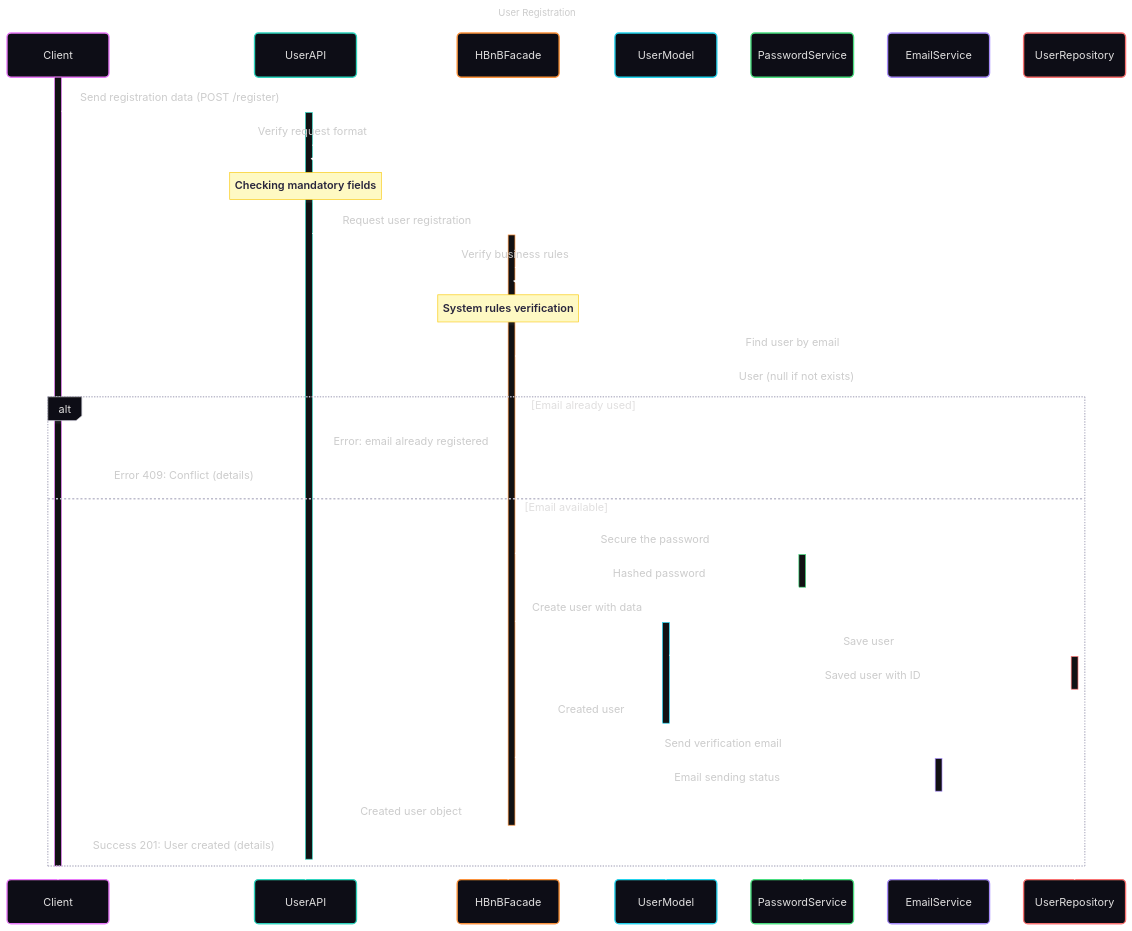
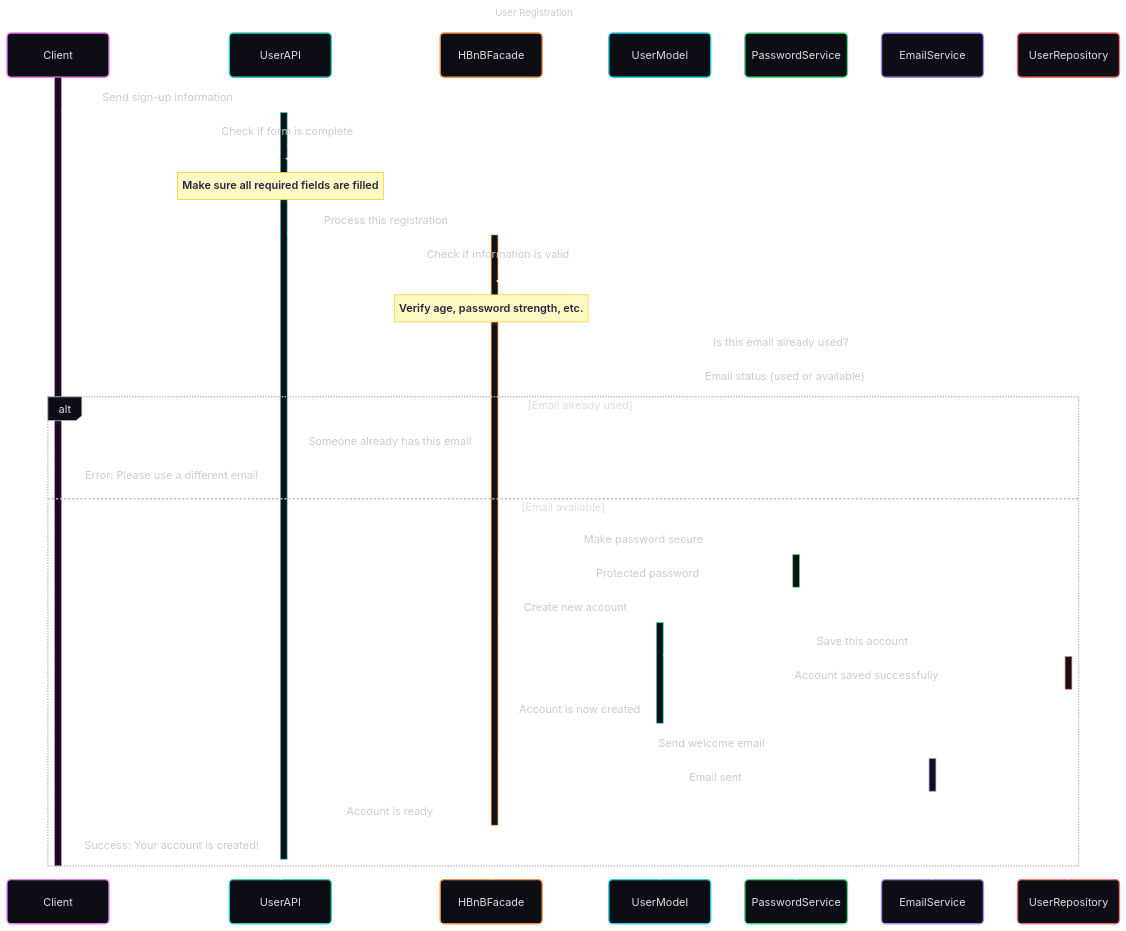
Before and after one commit to Steph974-Git/holbertonschool-hbnb: the third of 5 diagrams in README.md, drawn with Mermaid. The commit also changed other lines of this file, not shown here.

Commit message:
Refactor sequence diagrams for user registration and property listing: enhance clarity and detail in API interactions, and add review submission diagram.

````diff
--- a/README.md
+++ b/README.md
@@ -256,43 +256,43 @@
 ```mermaid
 ---
 config:
   theme: redux-dark-color
   look: neo
 title: User Registration
 ---
 sequenceDiagram
     participant Client
     participant UserAPI
     participant HBnBFacade
     participant UserModel
     participant PasswordService
     participant EmailService
     participant UserRepository
     activate Client
-    Client->>+UserAPI: Send registration data (POST /register)
+    Client->>+UserAPI: Send sign-up information
     activate UserAPI
-    UserAPI->>UserAPI: Verify request format
-    Note over UserAPI: Checking mandatory fields
-    UserAPI->>+HBnBFacade: Request user registration
+    UserAPI->>UserAPI: Check if form is complete
+    Note over UserAPI: Make sure all required fields are filled
+    UserAPI->>+HBnBFacade: Process this registration
     activate HBnBFacade
-    HBnBFacade->>HBnBFacade: Verify business rules
-    Note over HBnBFacade: System rules verification
-    HBnBFacade->>UserRepository: Find user by email
-    UserRepository-->>HBnBFacade: User (null if not exists)
+    HBnBFacade->>HBnBFacade: Check if information is valid
+    Note over HBnBFacade: Verify age, password strength, etc.
+    HBnBFacade->>UserRepository: Is this email already used?
+    UserRepository-->>HBnBFacade: Email status (used or available)
     alt Email already used
-        HBnBFacade-->>UserAPI: Error: email already registered
-        UserAPI-->>Client: Error 409: Conflict (details)
+        HBnBFacade-->>UserAPI: Someone already has this email
+        UserAPI-->>Client: Error: Please use a different email
     else Email available
-        HBnBFacade->>+PasswordService: Secure the password
-        PasswordService-->>-HBnBFacade: Hashed password
-        HBnBFacade->>+UserModel: Create user with data
-        UserModel->>+UserRepository: Save user
-        UserRepository-->>-UserModel: Saved user with ID
-        UserModel-->>-HBnBFacade: Created user
-        HBnBFacade->>+EmailService: Send verification email
-        EmailService-->>-HBnBFacade: Email sending status
-        HBnBFacade-->>-UserAPI: Created user object
-        UserAPI-->>-Client: Success 201: User created (details)
+        HBnBFacade->>+PasswordService: Make password secure
+        PasswordService-->>-HBnBFacade: Protected password
+        HBnBFacade->>+UserModel: Create new account
+        UserModel->>+UserRepository: Save this account
+        UserRepository-->>-UserModel: Account saved successfully
+        UserModel-->>-HBnBFacade: Account is now created
+        HBnBFacade->>+EmailService: Send welcome email
+        EmailService-->>-HBnBFacade: Email sent
+        HBnBFacade-->>-UserAPI: Account is ready
+        UserAPI-->>-Client: Success: Your account is created!
     end
     deactivate Client
 ```
````
